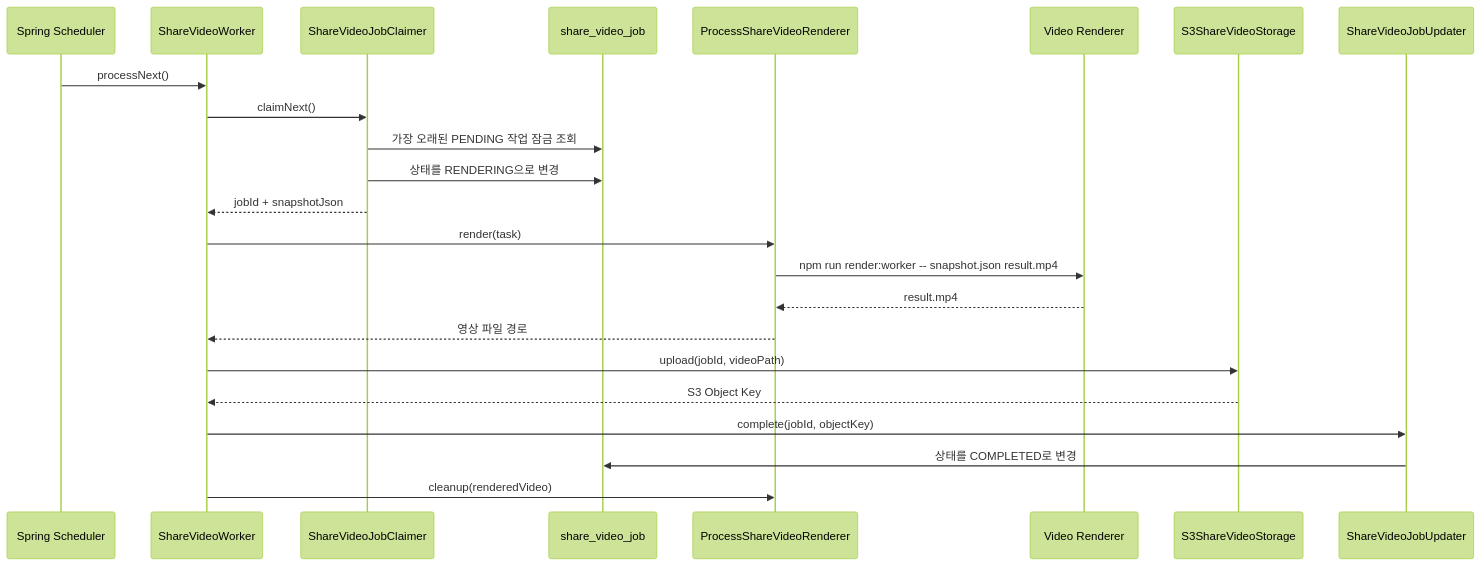
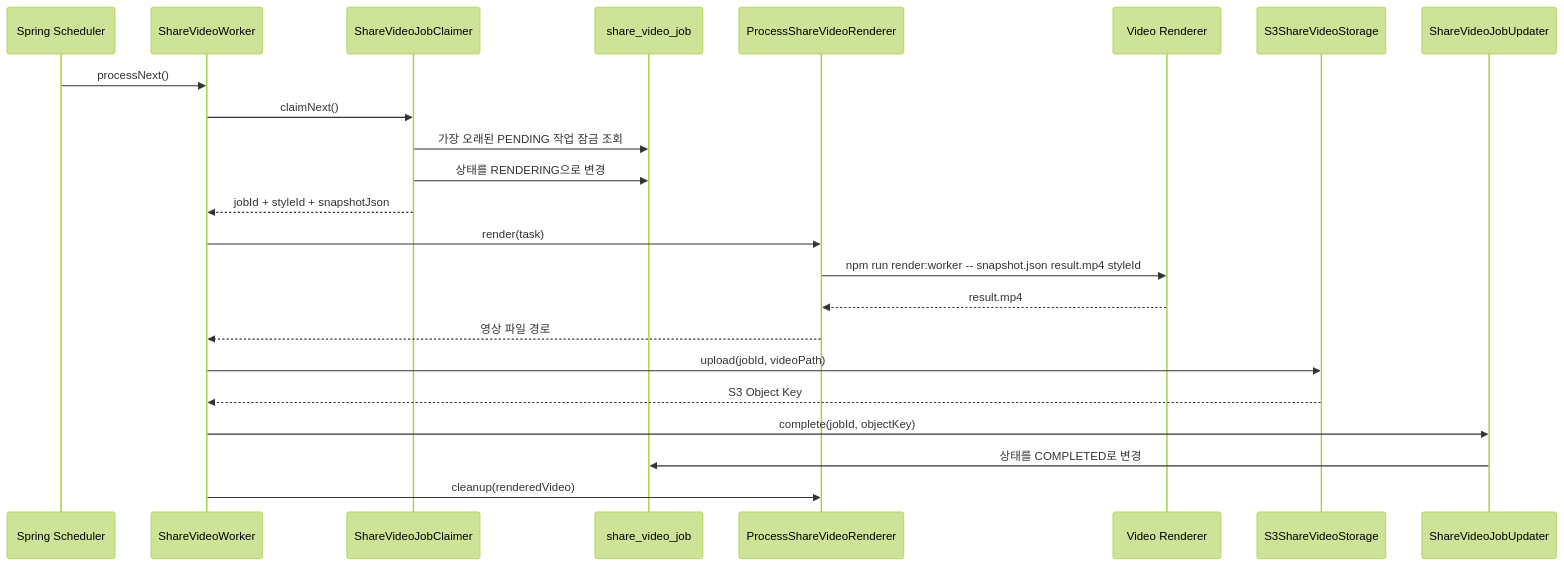
The first of 3 diagrams in backend/docs/share-video-timeline.md (woowacourse-teams/2026-Mapmory), drawn with Mermaid (forest theme) before and after one commit. The commit also changed other lines of this file and 14 other files, not shown here.

````diff
--- a/backend/docs/share-video-timeline.md
+++ b/backend/docs/share-video-timeline.md
@@ -153,26 +174,26 @@
 ```mermaid
 sequenceDiagram
     participant Scheduler as Spring Scheduler
     participant Worker as ShareVideoWorker
     participant Claimer as ShareVideoJobClaimer
     participant DB as share_video_job
     participant Renderer as ProcessShareVideoRenderer
     participant Remotion as Video Renderer
     participant S3 as S3ShareVideoStorage
     participant Updater as ShareVideoJobUpdater
 
     Scheduler->>Worker: processNext()
     Worker->>Claimer: claimNext()
     Claimer->>DB: 가장 오래된 PENDING 작업 잠금 조회
     Claimer->>DB: 상태를 RENDERING으로 변경
-    Claimer-->>Worker: jobId + snapshotJson
+    Claimer-->>Worker: jobId + styleId + snapshotJson
     Worker->>Renderer: render(task)
-    Renderer->>Remotion: npm run render:worker -- snapshot.json result.mp4
+    Renderer->>Remotion: npm run render:worker -- snapshot.json result.mp4 styleId
     Remotion-->>Renderer: result.mp4
     Renderer-->>Worker: 영상 파일 경로
     Worker->>S3: upload(jobId, videoPath)
     S3-->>Worker: S3 Object Key
     Worker->>Updater: complete(jobId, objectKey)
     Updater->>DB: 상태를 COMPLETED로 변경
     Worker->>Renderer: cleanup(renderedVideo)
 ```
````
